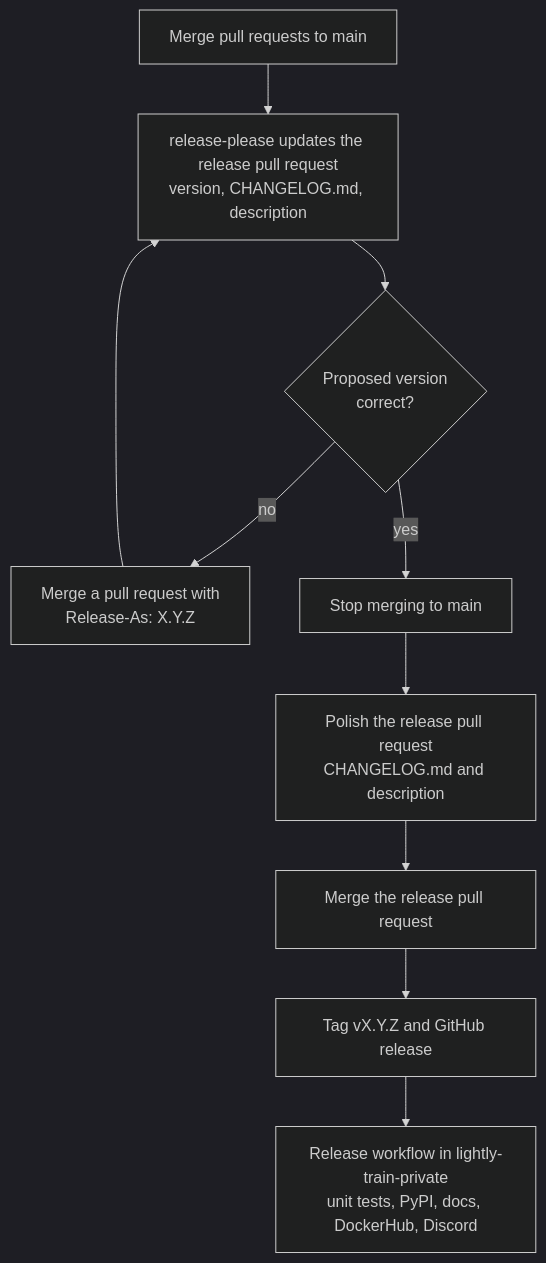
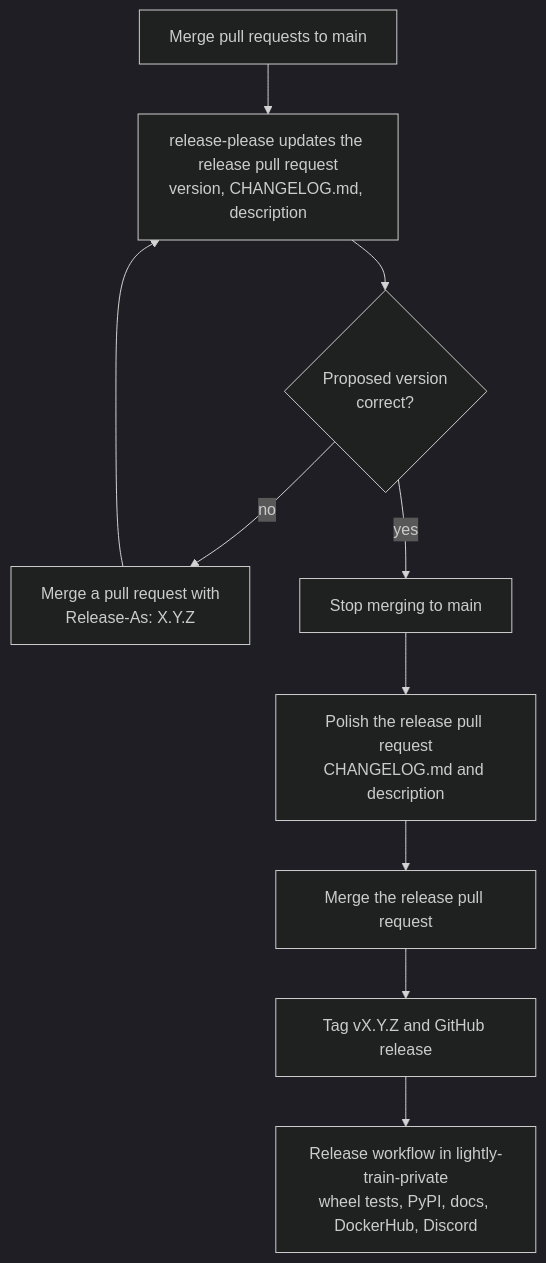
Before and after one commit to lightly-ai/lightly-train: the diagram in RELEASING.md, drawn with Mermaid (dark theme). The commit also changed other lines of this file and 2 other files, not shown here.

First line of the commit message:
docs: describe the new release flow in RELEASING.md (#991)

````diff
--- a/RELEASING.md
+++ b/RELEASING.md
@@ -7,12 +7,12 @@
 ```mermaid
 flowchart TD
     merge["Merge pull requests to main"] --> rp["release-please updates the release pull request<br/>version, CHANGELOG.md, description"]
     rp --> version{"Proposed version<br/>correct?"}
     version -- no --> releaseas["Merge a pull request with<br/>Release-As: X.Y.Z"]
     releaseas --> rp
     version -- yes --> freeze["Stop merging to main"]
     freeze --> polish["Polish the release pull request<br/>CHANGELOG.md and description"]
     polish --> release["Merge the release pull request"]
     release --> tag["Tag vX.Y.Z and GitHub release"]
-    tag --> private["Release workflow in lightly-train-private<br/>unit tests, PyPI, docs, DockerHub, Discord"]
+    tag --> private["Release workflow in lightly-train-private<br/>wheel tests, PyPI, docs, DockerHub, Discord"]
 ```
````
